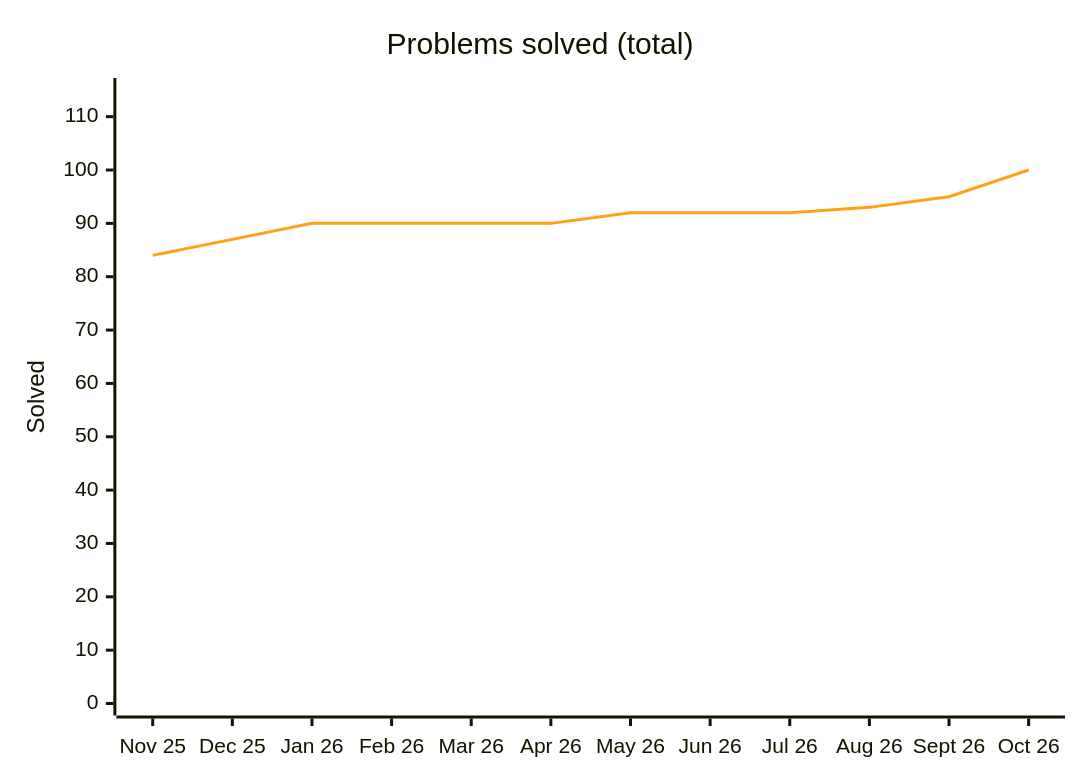
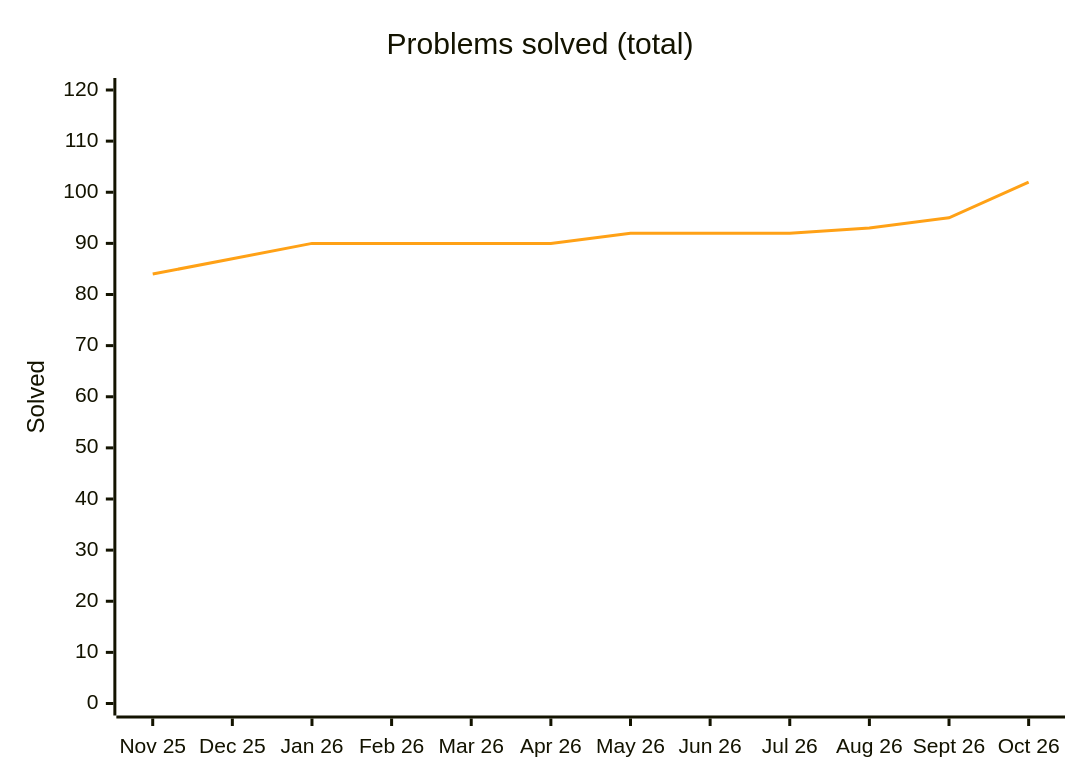
The diagram in README.md (samy-D5/Leetcode), drawn with Mermaid before and after one commit. The commit also changed other lines of this file and 4 other files, not shown here.

````diff
--- a/README.md
+++ b/README.md
@@ -42,8 +42,8 @@
 ```mermaid
 %%{init: {"themeVariables": {"xyChart": {"plotColorPalette": "#ffa116"}}}}%%
 xychart-beta
     title "Problems solved (total)"
     x-axis ["Nov 25", "Dec 25", "Jan 26", "Feb 26", "Mar 26", "Apr 26", "May 26", "Jun 26", "Jul 26", "Aug 26", "Sept 26", "Oct 26"]
-    y-axis "Solved" 0 --> 115
-    line [84, 87, 90, 90, 90, 90, 92, 92, 92, 93, 95, 100]
+    y-axis "Solved" 0 --> 120
+    line [84, 87, 90, 90, 90, 90, 92, 92, 92, 93, 95, 102]
 ```
````
